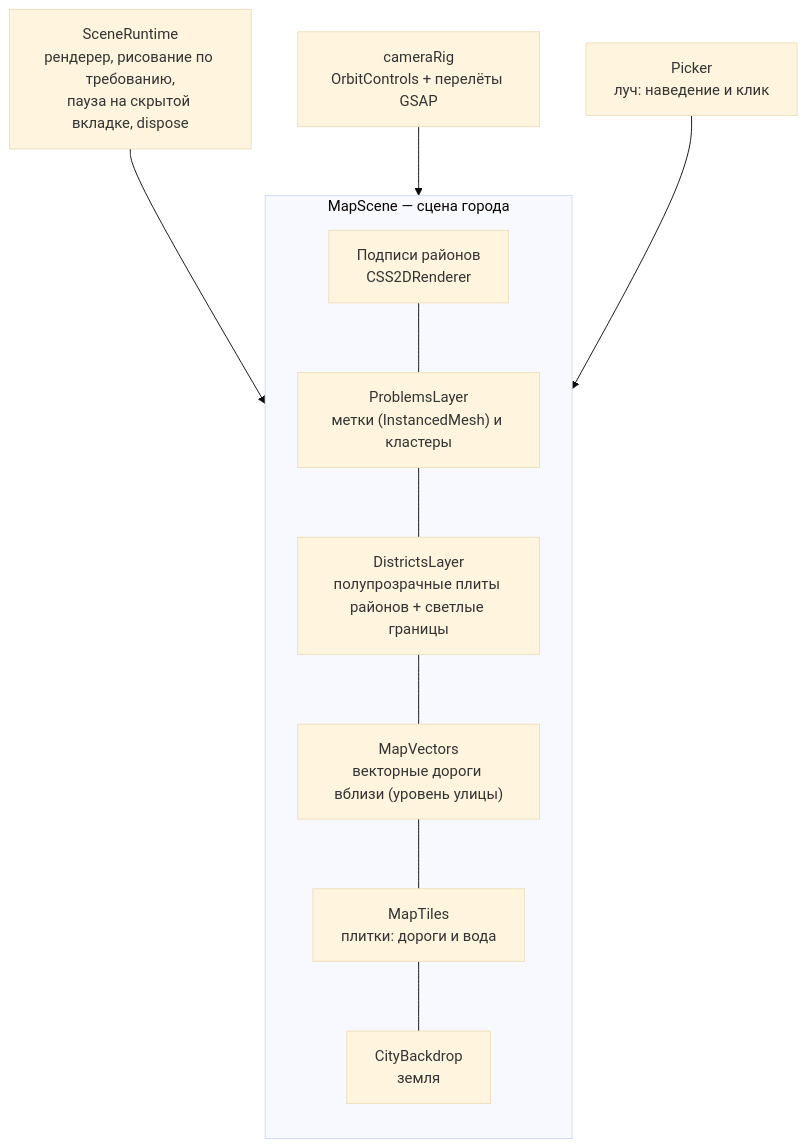
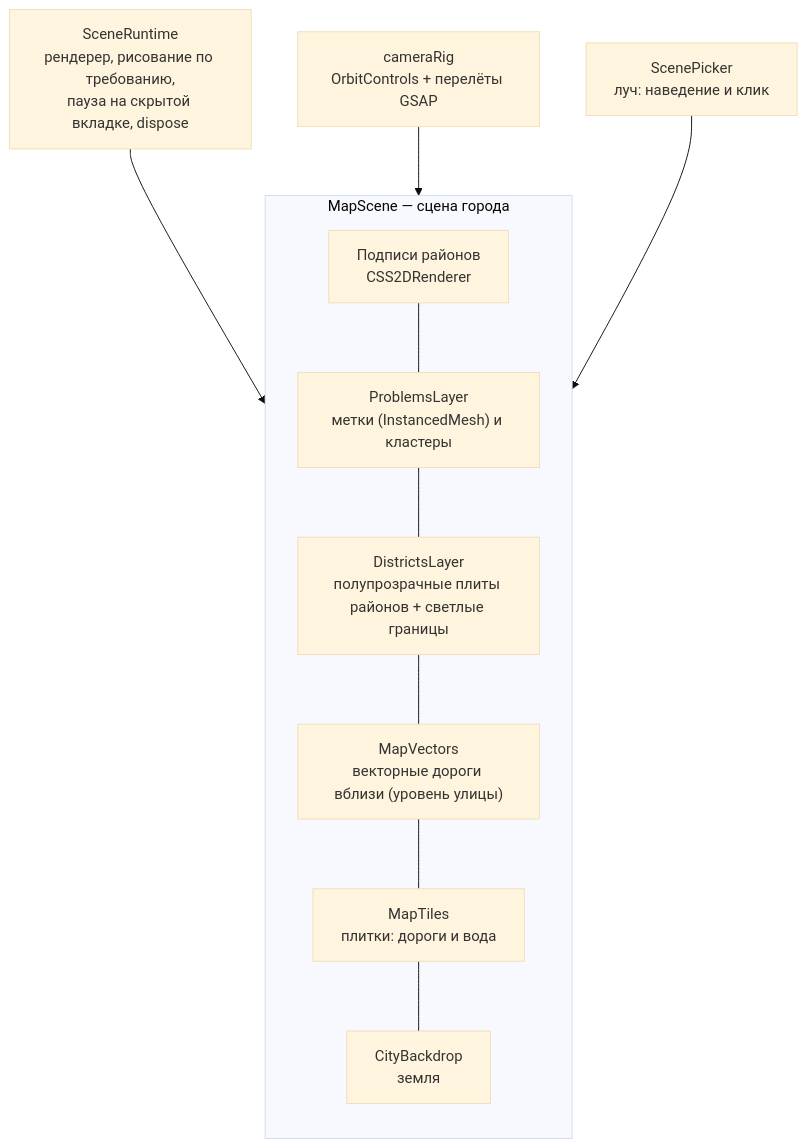
Before and after one commit to dodoser34/VibeRay: the first of 3 diagrams in docs/guide/05-map-3d.md, drawn with Mermaid (base theme). The commit also changed 229 other files, not shown here.

````diff
--- a/docs/guide/05-map-3d.md
+++ b/docs/guide/05-map-3d.md
@@ -8,16 +8,16 @@
 ```mermaid
 flowchart TB
     subgraph scene["MapScene — сцена города"]
         direction TB
         LBL["Подписи районов<br/>CSS2DRenderer"]
         PRB["ProblemsLayer<br/>метки (InstancedMesh) и кластеры"]
         DST["DistrictsLayer<br/>полупрозрачные плиты районов + светлые границы"]
         VEC["MapVectors<br/>векторные дороги вблизи (уровень улицы)"]
         TIL["MapTiles<br/>плитки: дороги и вода"]
         GND["CityBackdrop<br/>земля"]
         LBL --- PRB --- DST --- VEC --- TIL --- GND
     end
     RT["SceneRuntime<br/>рендерер, рисование по требованию,<br/>пауза на скрытой вкладке, dispose"] --> scene
     CAM["cameraRig<br/>OrbitControls + перелёты GSAP"] --> scene
-    PK["Picker<br/>луч: наведение и клик"] --> scene
+    PK["ScenePicker<br/>луч: наведение и клик"] --> scene
 ```
````
